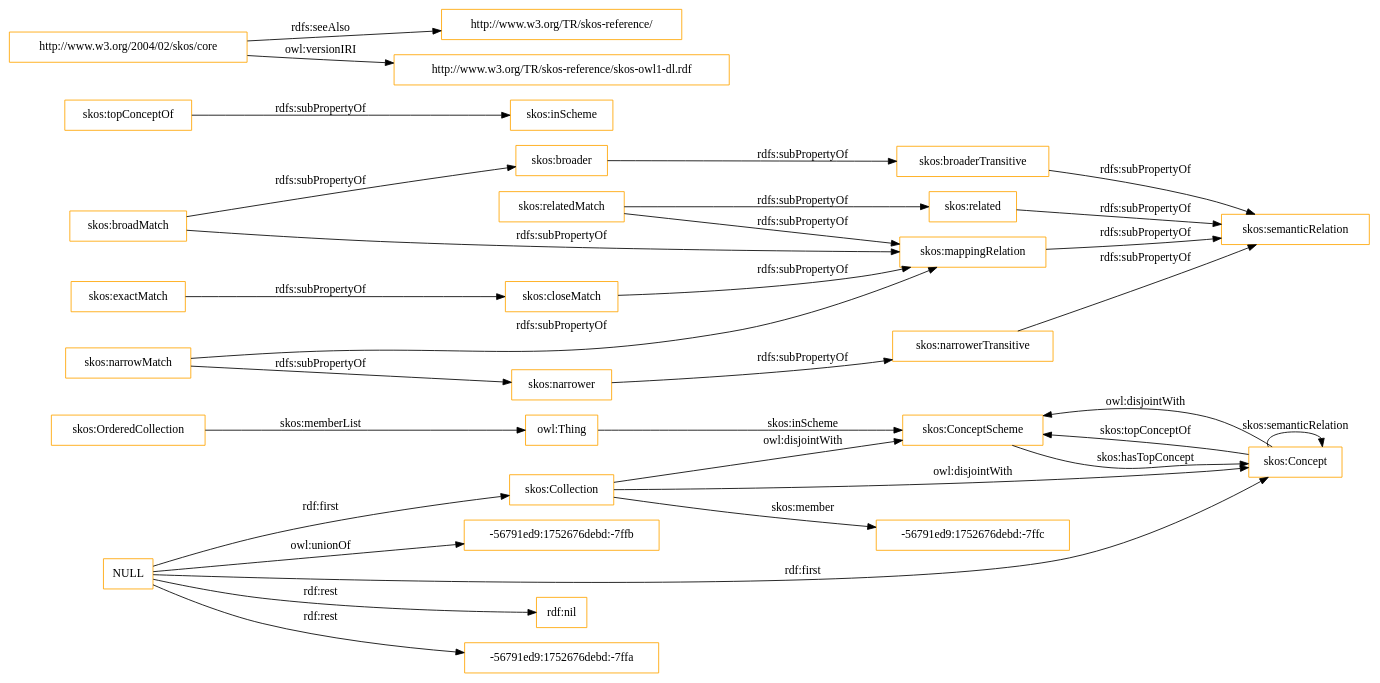
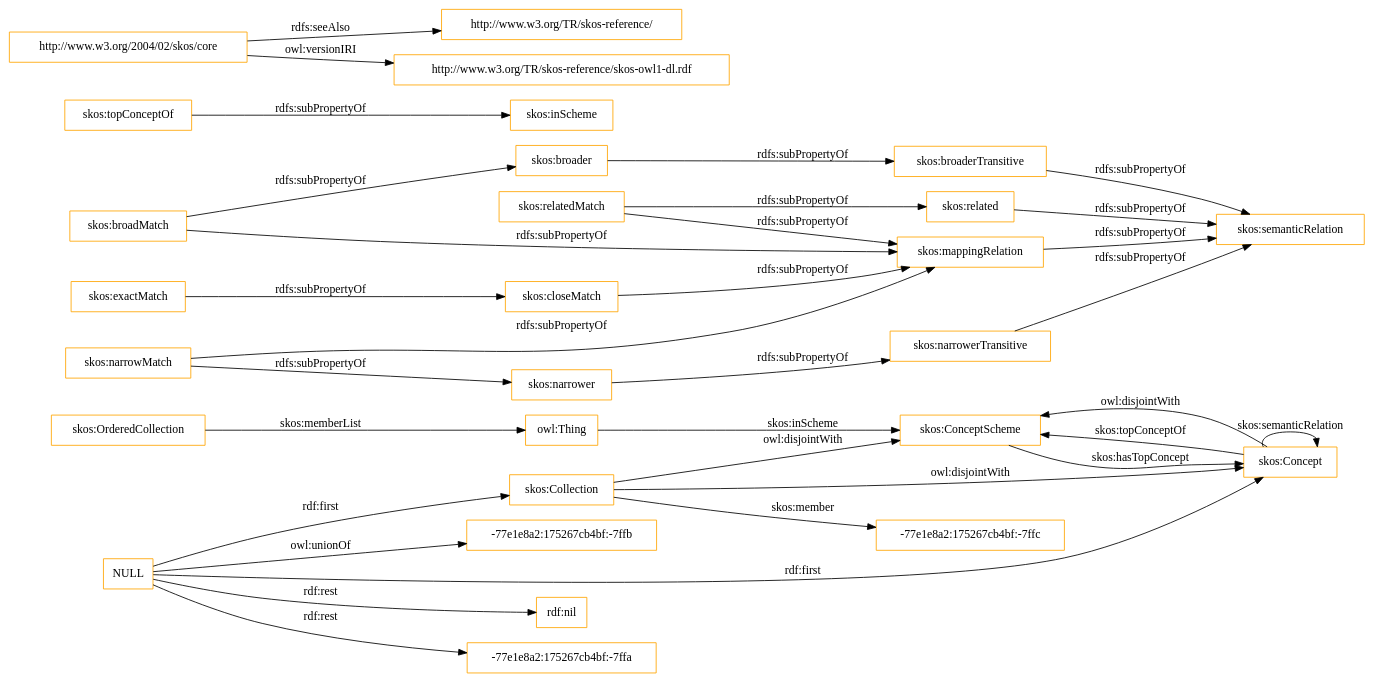
The diagram in OnToology/imports/skos.owl/diagrams/ar2dtool-class/skos.owl.png.dot (OnToologyUser/core-ontology-1), drawn with Graphviz before and after one commit. The commit also changed 14 other files, not shown here.

```diff
--- a/OnToology/imports/skos.owl/diagrams/ar2dtool-class/skos.owl.png.dot
+++ b/OnToology/imports/skos.owl/diagrams/ar2dtool-class/skos.owl.png.dot
@@ -1,37 +1,37 @@
 digraph ar2dtool_diagram { 
 rankdir=LR;
 size="1501"
-node [shape = rectangle, color="orange"]; "skos:OrderedCollection" "skos:ConceptScheme" "skos:Concept" "skos:Collection" "-56791ed9:1752676debd:-7ffc" ; /*classes style*/
+node [shape = rectangle, color="orange"]; "skos:OrderedCollection" "skos:ConceptScheme" "skos:Concept" "skos:Collection" "-77e1e8a2:175267cb4bf:-7ffc" ; /*classes style*/
 	"skos:narrowerTransitive" -> "skos:semanticRelation" [ label = "rdfs:subPropertyOf" ];
 	"NULL" -> "rdf:nil" [ label = "rdf:rest" ];
 	"NULL" -> "skos:Concept" [ label = "rdf:first" ];
-	"NULL" -> "-56791ed9:1752676debd:-7ffa" [ label = "rdf:rest" ];
+	"NULL" -> "-77e1e8a2:175267cb4bf:-7ffa" [ label = "rdf:rest" ];
 	"NULL" -> "skos:Collection" [ label = "rdf:first" ];
-	"NULL" -> "-56791ed9:1752676debd:-7ffb" [ label = "owl:unionOf" ];
+	"NULL" -> "-77e1e8a2:175267cb4bf:-7ffb" [ label = "owl:unionOf" ];
 	"skos:closeMatch" -> "skos:mappingRelation" [ label = "rdfs:subPropertyOf" ];
 	"skos:Concept" -> "skos:ConceptScheme" [ label = "owl:disjointWith" ];
 	"skos:relatedMatch" -> "skos:related" [ label = "rdfs:subPropertyOf" ];
 	"skos:relatedMatch" -> "skos:mappingRelation" [ label = "rdfs:subPropertyOf" ];
 	"skos:related" -> "skos:semanticRelation" [ label = "rdfs:subPropertyOf" ];
 	"skos:topConceptOf" -> "skos:inScheme" [ label = "rdfs:subPropertyOf" ];
 	"skos:broadMatch" -> "skos:mappingRelation" [ label = "rdfs:subPropertyOf" ];
 	"skos:broadMatch" -> "skos:broader" [ label = "rdfs:subPropertyOf" ];
 	"skos:exactMatch" -> "skos:closeMatch" [ label = "rdfs:subPropertyOf" ];
 	"skos:broaderTransitive" -> "skos:semanticRelation" [ label = "rdfs:subPropertyOf" ];
 	"skos:broader" -> "skos:broaderTransitive" [ label = "rdfs:subPropertyOf" ];
 	"skos:mappingRelation" -> "skos:semanticRelation" [ label = "rdfs:subPropertyOf" ];
 	"http://www.w3.org/2004/02/skos/core" -> "http://www.w3.org/TR/skos-reference/" [ label = "rdfs:seeAlso" ];
 	"http://www.w3.org/2004/02/skos/core" -> "http://www.w3.org/TR/skos-reference/skos-owl1-dl.rdf" [ label = "owl:versionIRI" ];
 	"skos:Collection" -> "skos:ConceptScheme" [ label = "owl:disjointWith" ];
 	"skos:Collection" -> "skos:Concept" [ label = "owl:disjointWith" ];
 	"skos:narrower" -> "skos:narrowerTransitive" [ label = "rdfs:subPropertyOf" ];
 	"skos:narrowMatch" -> "skos:narrower" [ label = "rdfs:subPropertyOf" ];
 	"skos:narrowMatch" -> "skos:mappingRelation" [ label = "rdfs:subPropertyOf" ];
 	"skos:OrderedCollection" -> "owl:Thing" [ label = "skos:memberList" ];
 	"skos:Concept" -> "skos:ConceptScheme" [ label = "skos:topConceptOf" ];
 	"skos:Concept" -> "skos:Concept" [ label = "skos:semanticRelation" ];
-	"skos:Collection" -> "-56791ed9:1752676debd:-7ffc" [ label = "skos:member" ];
+	"skos:Collection" -> "-77e1e8a2:175267cb4bf:-7ffc" [ label = "skos:member" ];
 	"skos:ConceptScheme" -> "skos:Concept" [ label = "skos:hasTopConcept" ];
 	"owl:Thing" -> "skos:ConceptScheme" [ label = "skos:inScheme" ];
 
 }
```
